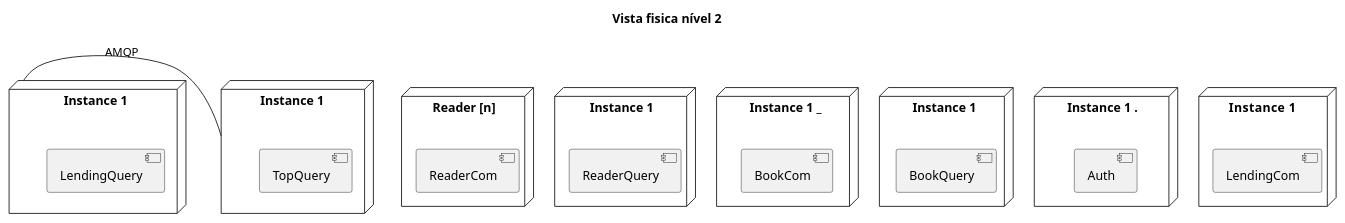
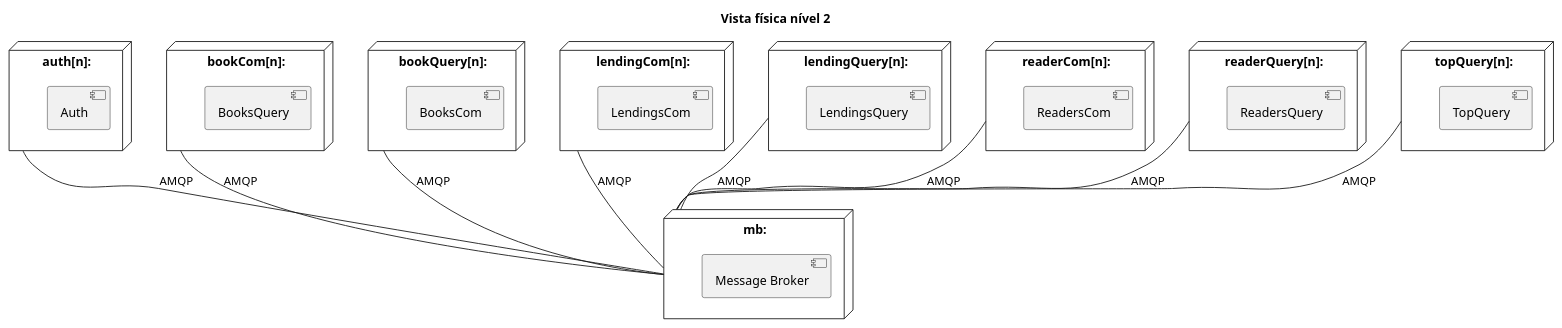
One commit to GitHubCatarina/SIDIS changed the diagram in Docs/Design/Entrega2/Vistas Físicas/Nível 2/Nivel2.puml. Above: the diagram before and after it, drawn with PlantUML. The commit also changed 20 other files, not shown here.

```diff
--- a/Docs/Design/Entrega2/Vistas Físicas/Nível 2/Nivel2.puml
+++ b/Docs/Design/Entrega2/Vistas Físicas/Nível 2/Nivel2.puml
@@ -1,46 +1,55 @@
 @startuml
  'https://plantuml.com/class-diagram
 
-title Vista fisica nível 2
+title Vista física nível 2
 
  hide circle
  skinparam classAttributeIconSize 0
 
-node "Reader [n]"{
-    component ReaderCom
+node "mb:" as messageBroker {
+    [Message Broker]
 }
 
-node " Instance 1 "{
-    component ReaderQuery
+node "auth[n]:" as auth {
+    [Auth]
 }
 
-node " Instance 1 _"{
-    component BookCom
+node "bookCom[n]:" as bookCom {
+    [BooksQuery]
 }
 
-node " Instance 1"{
-    component BookQuery
+node "bookQuery[n]:" as bookQuery {
+    [BooksCom]
 }
 
-node " Instance 1 . "{
-    component Auth
+node "lendingCom[n]:" as lendingCom {
+    [LendingsCom]
 }
 
-node "Instance  1 "{
-    component LendingCom
+node "lendingQuery[n]:" as lendingQuery {
+    [LendingsQuery]
 }
 
-node " Instance 1" as I1{
-    component LendingQuery
+node "readerCom[n]:" as readerCom {
+    [ReadersCom]
 }
 
-node "Instance 1 "{
-    component TopQuery
+node "readerQuery[n]:" as readerQuery {
+    [ReadersQuery]
+}
+
+node "topQuery[n]:" as top {
+    [TopQuery]
 }
 
 
-"I1" - "Instance 1 " : AMQP
-
-
+auth -- messageBroker : AMQP
+bookCom -- messageBroker : AMQP
+bookQuery -- messageBroker : AMQP
+lendingCom -- messageBroker : AMQP
+lendingQuery -- messageBroker : AMQP
+readerCom -- messageBroker : AMQP
+readerQuery -- messageBroker : AMQP
+top -- messageBroker : AMQP
 
 @enduml
```
